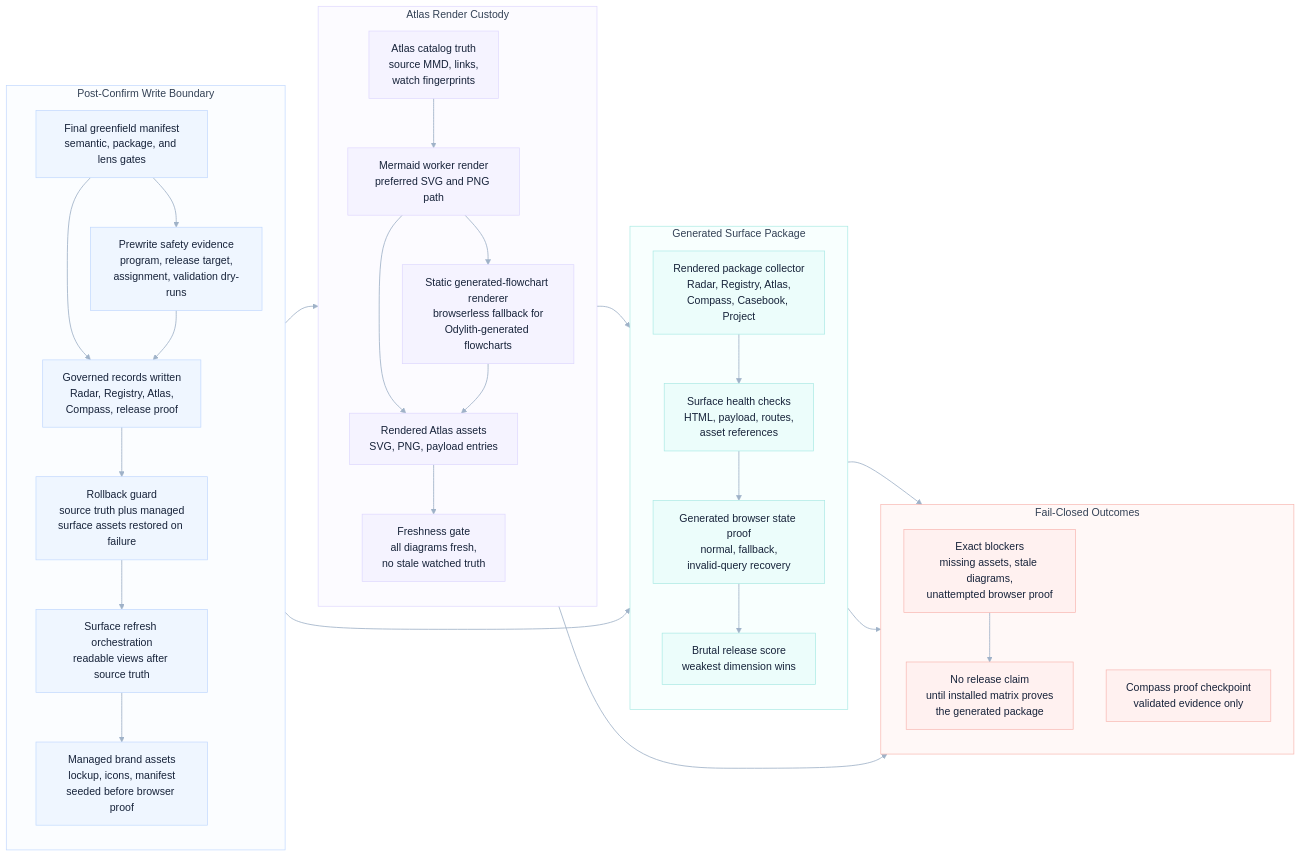
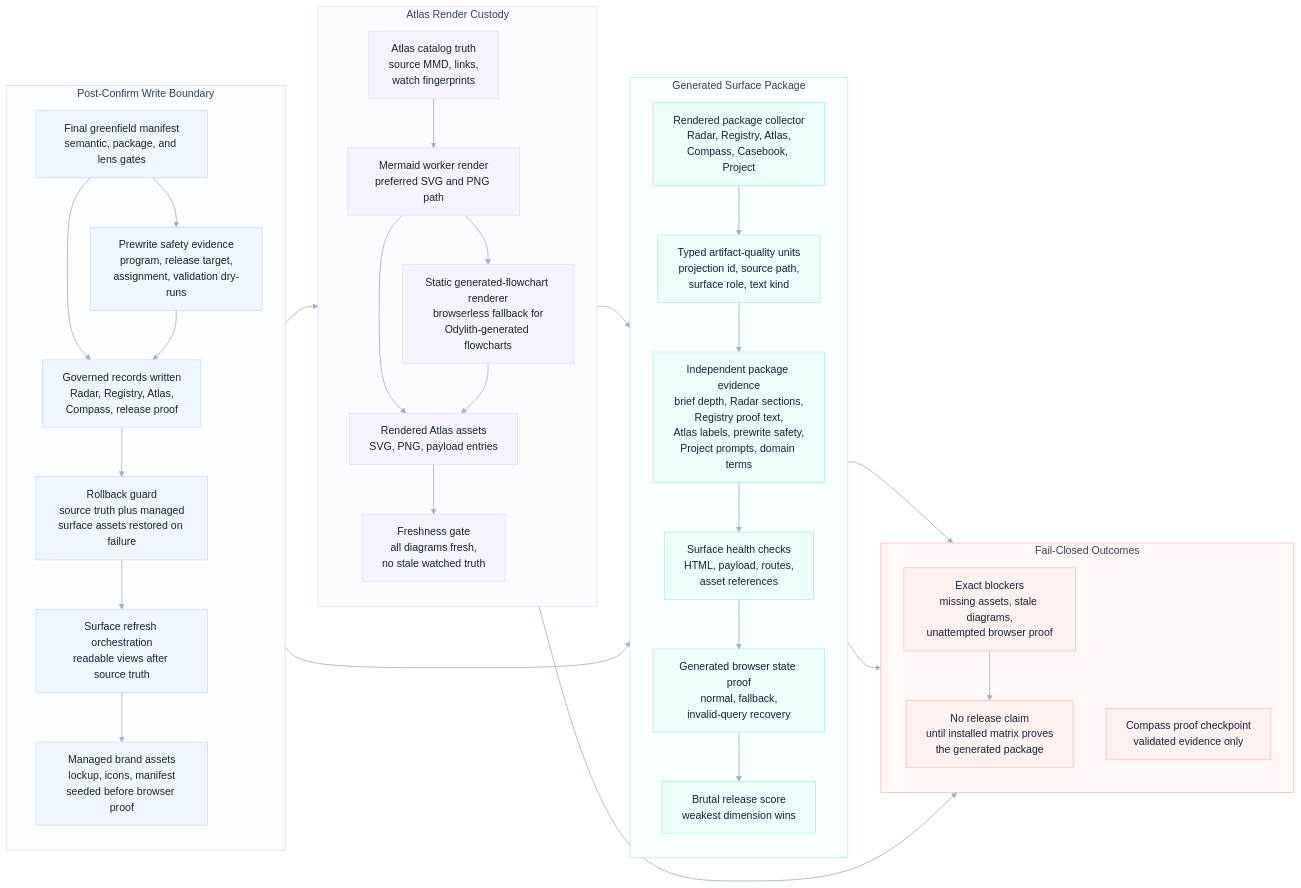
The diagram in odylith/atlas/source/greenfield-rendered-surface-and-static-atlas-custody.mmd (odylith/odylith), drawn with Mermaid before and after one commit. The commit also changed 53 other files, not shown here.

```diff
--- a/odylith/atlas/source/greenfield-rendered-surface-and-static-atlas-custody.mmd
+++ b/odylith/atlas/source/greenfield-rendered-surface-and-static-atlas-custody.mmd
@@ -1,71 +1,75 @@
 flowchart LR
     subgraph write_lane["Post-Confirm Write Boundary"]
       direction TB
       final_manifest["Final greenfield manifest<br/>semantic, package, and lens gates"]
       prewrite_safety["Prewrite safety evidence<br/>program, release target,<br/>assignment, validation dry-runs"]
       governed_write["Governed records written<br/>Radar, Registry, Atlas,<br/>Compass, release proof"]
       rollback_guard["Rollback guard<br/>source truth plus managed<br/>surface assets restored on failure"]
       dashboard_refresh["Surface refresh orchestration<br/>readable views after source truth"]
       brand_assets["Managed brand assets<br/>lockup, icons, manifest<br/>seeded before browser proof"]
     end
 
     subgraph atlas_lane["Atlas Render Custody"]
       direction TB
       catalog_truth["Atlas catalog truth<br/>source MMD, links,<br/>watch fingerprints"]
       mermaid_worker["Mermaid worker render<br/>preferred SVG and PNG path"]
       static_renderer["Static generated-flowchart renderer<br/>browserless fallback for<br/>Odylith-generated flowcharts"]
       rendered_assets["Rendered Atlas assets<br/>SVG, PNG, payload entries"]
       freshness_gate["Freshness gate<br/>all diagrams fresh,<br/>no stale watched truth"]
     end
 
     subgraph surface_lane["Generated Surface Package"]
       direction TB
       rendered_package["Rendered package collector<br/>Radar, Registry, Atlas,<br/>Compass, Casebook, Project"]
+      typed_units["Typed artifact-quality units<br/>projection id, source path,<br/>surface role, text kind"]
+      evidence_readback["Independent package evidence<br/>brief depth, Radar sections,<br/>Registry proof text,<br/>Atlas labels, prewrite safety,<br/>Project prompts, domain terms"]
       surface_health["Surface health checks<br/>HTML, payload, routes,<br/>asset references"]
       browser_state["Generated browser state proof<br/>normal, fallback,<br/>invalid-query recovery"]
       hard_score["Brutal release score<br/>weakest dimension wins"]
     end
 
     subgraph blocker_lane["Fail-Closed Outcomes"]
       direction TB
       exact_blockers["Exact blockers<br/>missing assets, stale diagrams,<br/>unattempted browser proof"]
       no_release_claim["No release claim<br/>until installed matrix proves<br/>the generated package"]
       proof_checkpoint["Compass proof checkpoint<br/>validated evidence only"]
     end
 
     final_manifest --> governed_write
     final_manifest --> prewrite_safety
     prewrite_safety --> governed_write
     governed_write --> rollback_guard
     rollback_guard --> dashboard_refresh
     dashboard_refresh --> brand_assets
     brand_assets --> surface_health
     dashboard_refresh --> catalog_truth
     catalog_truth --> mermaid_worker
     mermaid_worker --> rendered_assets
     mermaid_worker --> static_renderer
     static_renderer --> rendered_assets
     rendered_assets --> freshness_gate
     freshness_gate --> rendered_package
-    rendered_package --> surface_health
+    rendered_package --> typed_units
+    typed_units --> evidence_readback
+    evidence_readback --> surface_health
     surface_health --> browser_state
     browser_state --> hard_score
     hard_score --> proof_checkpoint
     freshness_gate --> exact_blockers
     surface_health --> exact_blockers
     exact_blockers --> no_release_claim
 
     classDef write fill:#EFF6FF,stroke:#BFD7FE,color:#17233A,stroke-width:1px;
     classDef atlas fill:#F5F3FF,stroke:#DDD6FE,color:#17233A,stroke-width:1px;
     classDef surface fill:#ECFDFB,stroke:#A7E9E3,color:#17233A,stroke-width:1px;
     classDef blocker fill:#FFF1F0,stroke:#F7B4AE,color:#17233A,stroke-width:1px;
     class final_manifest,prewrite_safety,governed_write,rollback_guard,dashboard_refresh,brand_assets write;
     class catalog_truth,mermaid_worker,static_renderer,rendered_assets,freshness_gate atlas;
-    class rendered_package,surface_health,browser_state,hard_score surface;
+    class rendered_package,typed_units,evidence_readback,surface_health,browser_state,hard_score surface;
     class exact_blockers,no_release_claim,proof_checkpoint blocker;
 
     style write_lane fill:#FBFDFF,stroke:#BFD7FE,stroke-width:1px,color:#334155
     style atlas_lane fill:#FCFBFF,stroke:#DDD6FE,stroke-width:1px,color:#334155
     style surface_lane fill:#F8FFFE,stroke:#A7E9E3,stroke-width:1px,color:#334155
     style blocker_lane fill:#FFF8F7,stroke:#F7B4AE,stroke-width:1px,color:#334155
     linkStyle default stroke:#9FB2C8,stroke-width:1.25px
```
